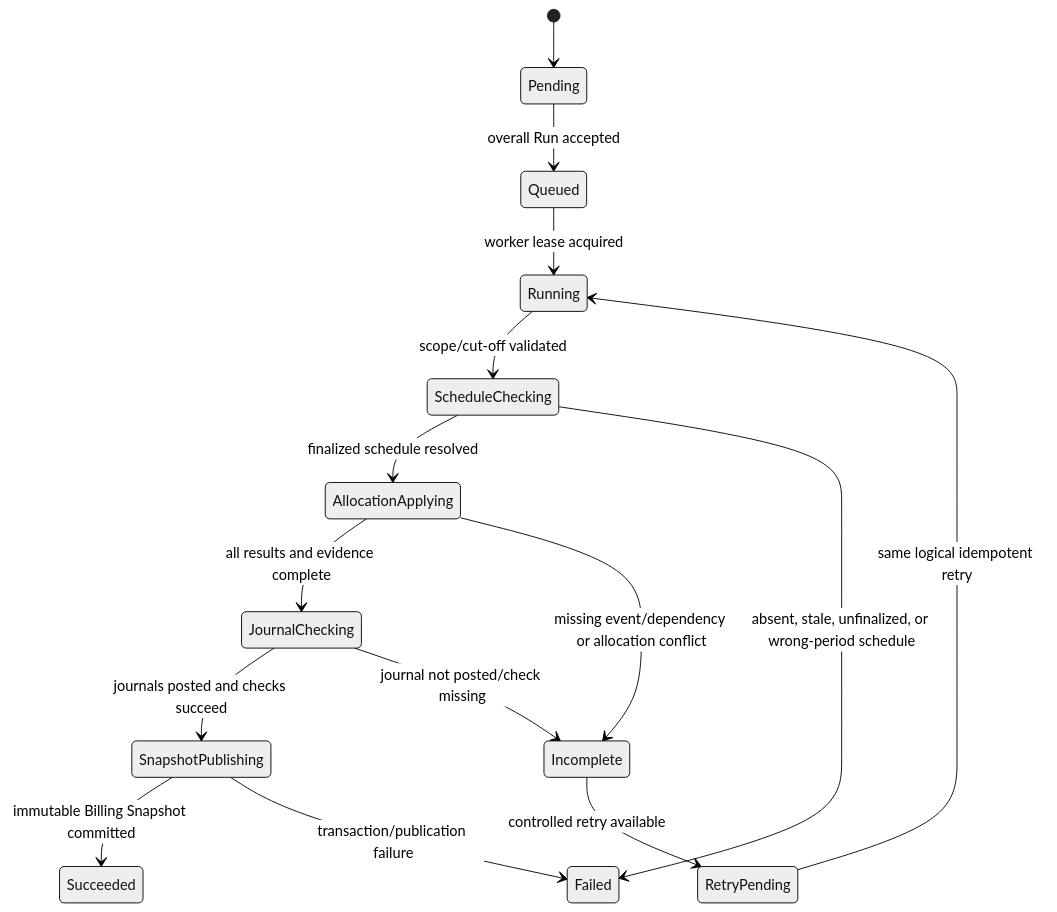
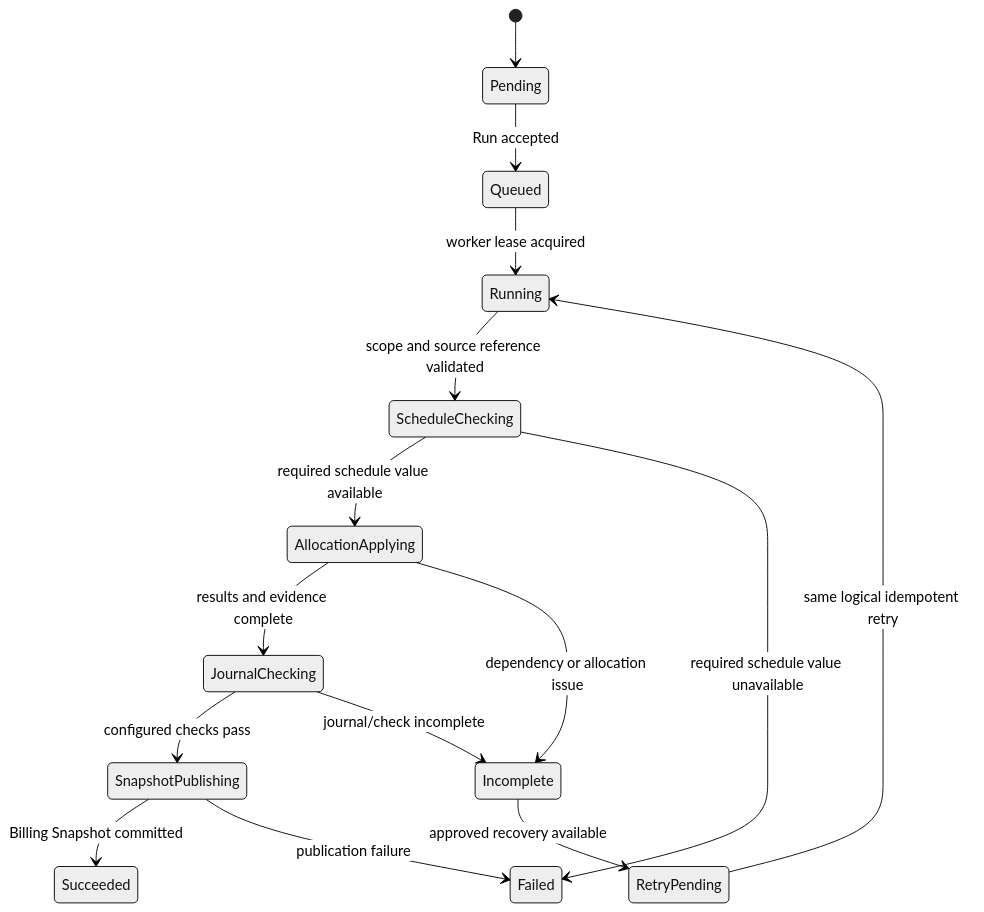
One commit to SrivasiniInfotech-2011/Finnova-API changed the third of 3 diagrams in .kiro/specs/demand-processing/design.md. Above: the diagram before and after it, drawn with Mermaid (neutral theme). The commit also changed other lines of this file and 44 other files, not shown here.

````diff
--- a/.kiro/specs/demand-processing/design.md
+++ b/.kiro/specs/demand-processing/design.md
@@ -612,17 +608,17 @@
 ```mermaid
 stateDiagram-v2
     [*] --> Pending
-    Pending --> Queued: overall Run accepted
+    Pending --> Queued: Run accepted
     Queued --> Running: worker lease acquired
-    Running --> ScheduleChecking: scope/cut-off validated
-    ScheduleChecking --> AllocationApplying: finalized schedule resolved
-    ScheduleChecking --> Failed: absent, stale, unfinalized, or wrong-period schedule
-    AllocationApplying --> JournalChecking: all results and evidence complete
-    AllocationApplying --> Incomplete: missing event/dependency or allocation conflict
-    JournalChecking --> SnapshotPublishing: journals posted and checks succeed
-    JournalChecking --> Incomplete: journal not posted/check missing
-    SnapshotPublishing --> Succeeded: immutable Billing Snapshot committed
-    SnapshotPublishing --> Failed: transaction/publication failure
-    Incomplete --> RetryPending: controlled retry available
+    Running --> ScheduleChecking: scope and source reference validated
+    ScheduleChecking --> AllocationApplying: required schedule value available
+    ScheduleChecking --> Failed: required schedule value unavailable
+    AllocationApplying --> JournalChecking: results and evidence complete
+    AllocationApplying --> Incomplete: dependency or allocation issue
+    JournalChecking --> SnapshotPublishing: configured checks pass
+    JournalChecking --> Incomplete: journal/check incomplete
+    SnapshotPublishing --> Succeeded: Billing Snapshot committed
+    SnapshotPublishing --> Failed: publication failure
+    Incomplete --> RetryPending: approved recovery available
     RetryPending --> Running: same logical idempotent retry
 ```
````
